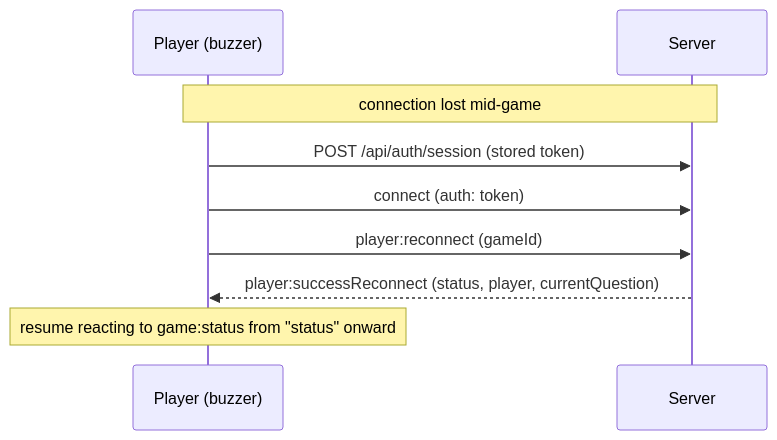
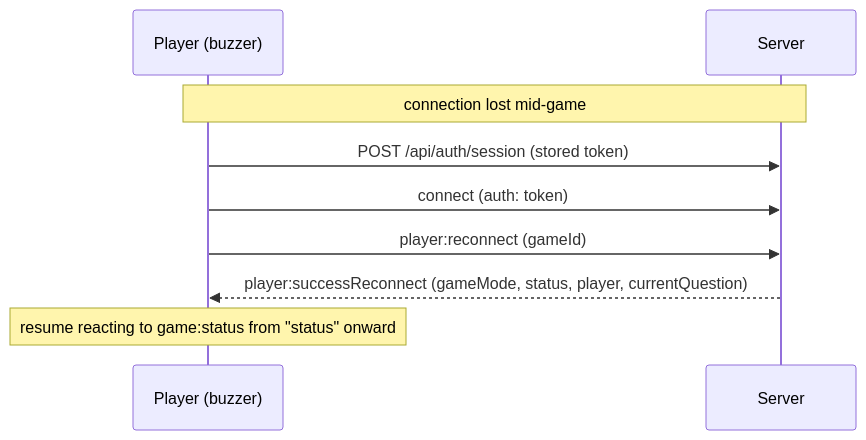
Before and after one commit to Ralex91/Razzia: the second of 2 diagrams in docs/websocket-protocol.md, drawn with Mermaid. The commit also changed other lines of this file and 2 other files, not shown here.

Commit message:
docs: update the protocol and quiz docs for survey mode

````diff
--- a/docs/websocket-protocol.md
+++ b/docs/websocket-protocol.md
@@ -187,14 +202,14 @@
 ```mermaid
 sequenceDiagram
     participant P as Player (buzzer)
     participant S as Server
 
     Note over P,S: connection lost mid-game
 
     P->>S: POST /api/auth/session (stored token)
     P->>S: connect (auth: token)
     P->>S: player:reconnect (gameId)
-    S-->>P: player:successReconnect (status, player, currentQuestion)
+    S-->>P: player:successReconnect (gameMode, status, player, currentQuestion)
 
     Note over P: resume reacting to game:status from "status" onward
 ```
````
